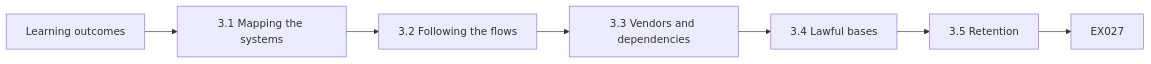
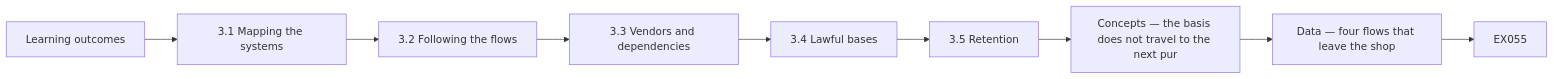
The eighth of 12 diagrams in levels/rapid-1-month/privacy-data-protection/en/book/MANUSCRIPT.md (hiagokinlevi/CyKin), drawn with Mermaid before and after one commit. The commit also changed other lines of this file and 1 other file, not shown here.

````diff
--- a/levels/rapid-1-month/privacy-data-protection/en/book/MANUSCRIPT.md
+++ b/levels/rapid-1-month/privacy-data-protection/en/book/MANUSCRIPT.md
@@ -294,10 +412,12 @@
 ```mermaid
 flowchart LR
   N0["Learning outcomes"]
   N1["3.1 Mapping the systems"]
   N2["3.2 Following the flows"]
   N3["3.3 Vendors and dependencies"]
   N4["3.4 Lawful bases"]
   N5["3.5 Retention"]
-  N0 --> N1 --> N2 --> N3 --> N4 --> N5 --> Q["EX027"]
+  N6["Concepts — the basis does not travel to the next pur"]
+  N7["Data — four flows that leave the shop"]
+  N0 --> N1 --> N2 --> N3 --> N4 --> N5 --> N6 --> N7 --> Q["EX055"]
 ```
````
